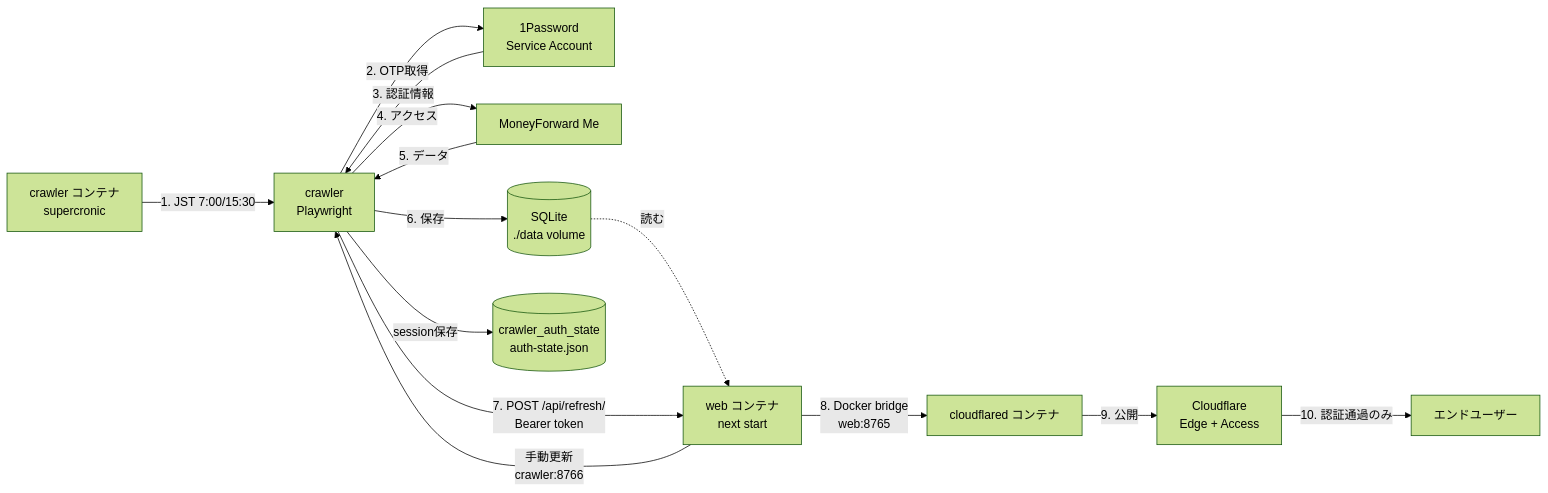
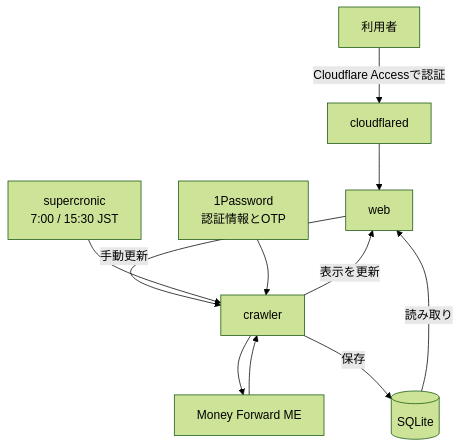
One commit to hiroppy/mf-dashboard changed the diagram in README.md. Above: the diagram before and after it, drawn with Mermaid (forest theme). The commit also changed other lines of this file and 1 other file, not shown here.

````diff
--- a/README.md
+++ b/README.md
@@ -51,16 +79,13 @@
 ```mermaid
-graph LR
-    A[crawler コンテナ<br/>supercronic] -->|1. JST 7:00/15:30| B[crawler<br/>Playwright]
-    W -->|手動更新<br/>crawler:8766| B
-    B -->|2. OTP取得| E[1Password<br/>Service Account]
-    E -->|3. 認証情報| B
-    B -->|4. アクセス| F[MoneyForward Me]
-    F -->|5. データ| B
-    B -->|6. 保存| C[(SQLite<br/>./data volume)]
-    B -->|session保存| K[(crawler_auth_state<br/>auth-state.json)]
-    C -.読む.-> W[web コンテナ<br/>next start]
-    B -->|7. POST /api/refresh/<br/>Bearer token| W
-    W -->|8. Docker bridge<br/>web:8765| H[cloudflared コンテナ]
-    H -->|9. 公開| I[Cloudflare<br/>Edge + Access]
-    I -->|10. 認証通過のみ| J[エンドユーザー]
+flowchart TD
+    U[利用者] -->|Cloudflare Accessで認証| T[cloudflared]
+    T --> W[web]
+    W -->|手動更新| C[crawler]
+    S[supercronic<br/>7:00 / 15:30 JST] --> C
+    O[1Password<br/>認証情報とOTP] --> C
+    C --> M[Money Forward ME]
+    M --> C
+    C -->|保存| D[(SQLite)]
+    D -->|読み取り| W
+    C -->|表示を更新| W
 ```
````
